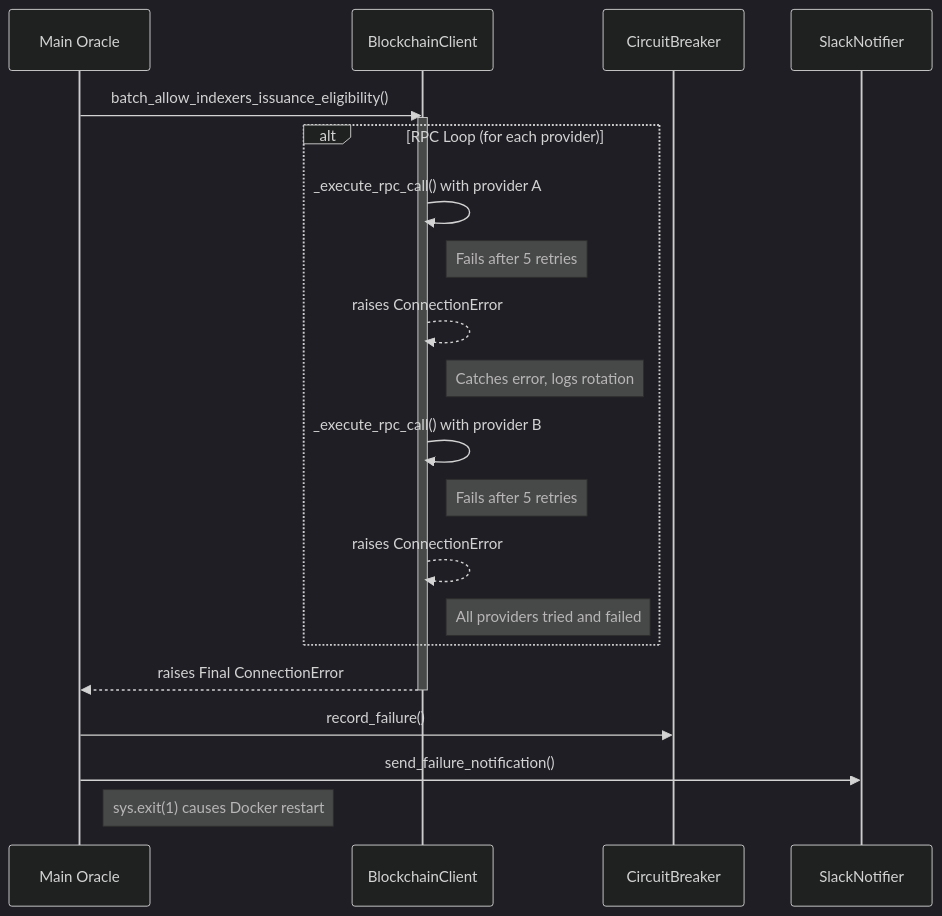
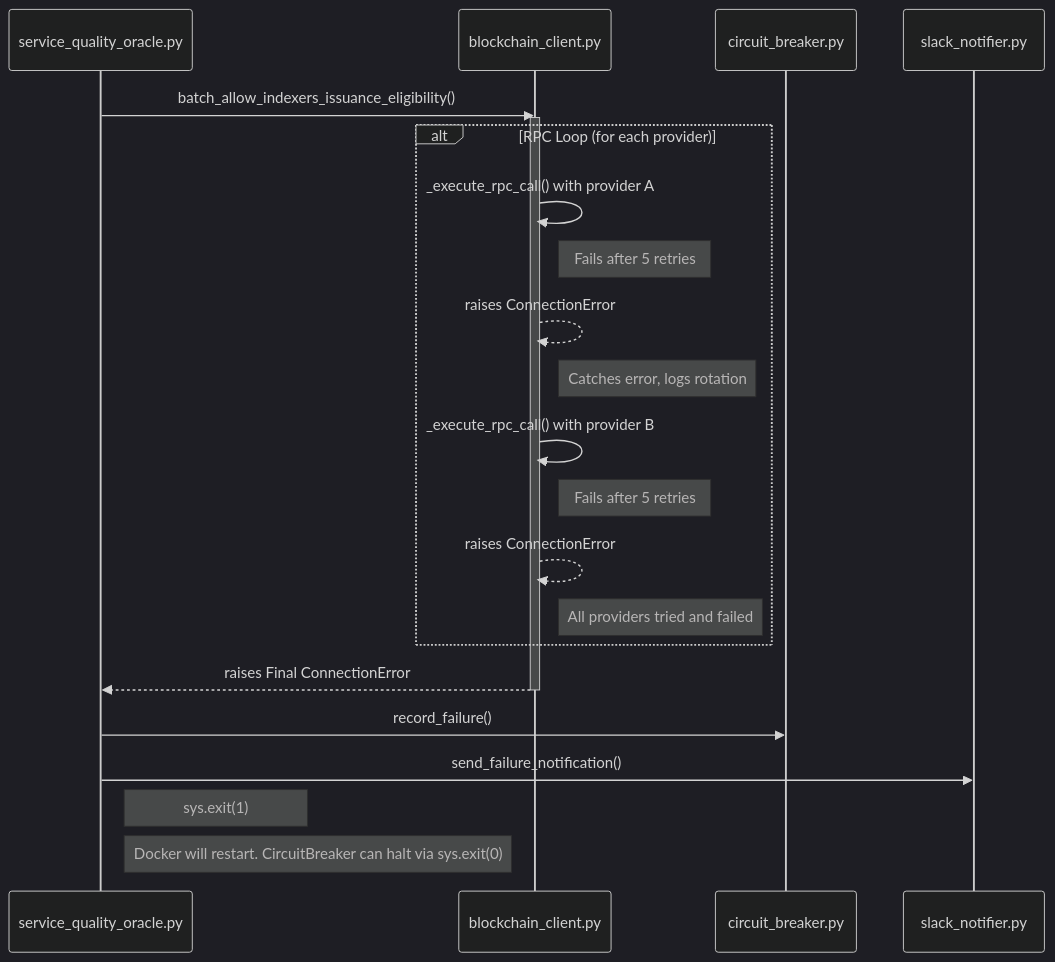
The diagram in docs/technical-design.md (graphprotocol/service-quality-oracle), drawn with Mermaid (dark theme) before and after one commit. The commit also changed 1 other file, not shown here.

Commit message:
better documentation around the circuit breaker
Update service_quality_oracle.py

Update service_quality_oracle.py

Update service_quality_oracle.py

````diff
--- a/docs/technical-design.md
+++ b/docs/technical-design.md
@@ -11,31 +11,46 @@
 ```mermaid
 sequenceDiagram
-    participant main as Main Oracle
-    participant client as BlockchainClient
-    participant circuit_breaker as CircuitBreaker
-    participant slack as SlackNotifier
+    # Setup column titles
+    participant main_oracle as service_quality_oracle.py
+    participant blockchain_client as blockchain_client.py
+    participant circuit_breaker as circuit_breaker.py
+    participant slack_notifier as slack_notifier.py
 
-    main->>client: batch_allow_indexers_issuance_eligibility()
-    activate client
+    # Attempt function call
+    main_oracle->>blockchain_client: batch_allow_indexers_issuance_eligibility()
 
+    # Describe failure loop inside the blockchain_client module
+    activate blockchain_client
     alt RPC Loop (for each provider)
-        client->>client: _execute_rpc_call() with provider A
-        note right of client: Fails after 5 retries
-        client-->>client: raises ConnectionError
 
-        note right of client: Catches error, logs rotation
-        
-        client->>client: _execute_rpc_call() with provider B
-        note right of client: Fails after 5 retries
-        client-->>client: raises ConnectionError
+        # Attempt RPC call 
+        blockchain_client->>blockchain_client: _execute_rpc_call() with provider A
+        note right of blockchain_client: Fails after 5 retries
 
-        note right of client: All providers tried and failed
+        # Log failure
+        blockchain_client-->>blockchain_client: raises ConnectionError
+        note right of blockchain_client: Catches error, logs rotation
+
+        # Retry RPC call
+        blockchain_client->>blockchain_client: _execute_rpc_call() with provider B
+        note right of blockchain_client: Fails after 5 retries
+
+        # Log final failure
+        blockchain_client-->>blockchain_client: raises ConnectionError
+        note right of blockchain_client: All providers tried and failed
     end
-    
-    client-->>main: raises Final ConnectionError
-    deactivate client
 
-    main->>circuit_breaker: record_failure()
-    main->>slack: send_failure_notification()
-    note right of main: sys.exit(1) causes Docker restart
-``` 
+    # Raise error back to main_oracle oracle and exit blockchain_client module
+    blockchain_client-->>main_oracle: raises Final ConnectionError
+    deactivate blockchain_client
+
+    # Take note of the failure in the circuit breaker, which can break the restart loop if triggered enough times in a short duration
+    main_oracle->>circuit_breaker: record_failure()
+
+    # Notify of the RPC failure in slack
+    main_oracle->>slack_notifier: send_failure_notification()
+
+    # Document restart process
+    note right of main_oracle: sys.exit(1)
+    note right of main_oracle: Docker will restart. CircuitBreaker can halt via sys.exit(0) 
+```
````
